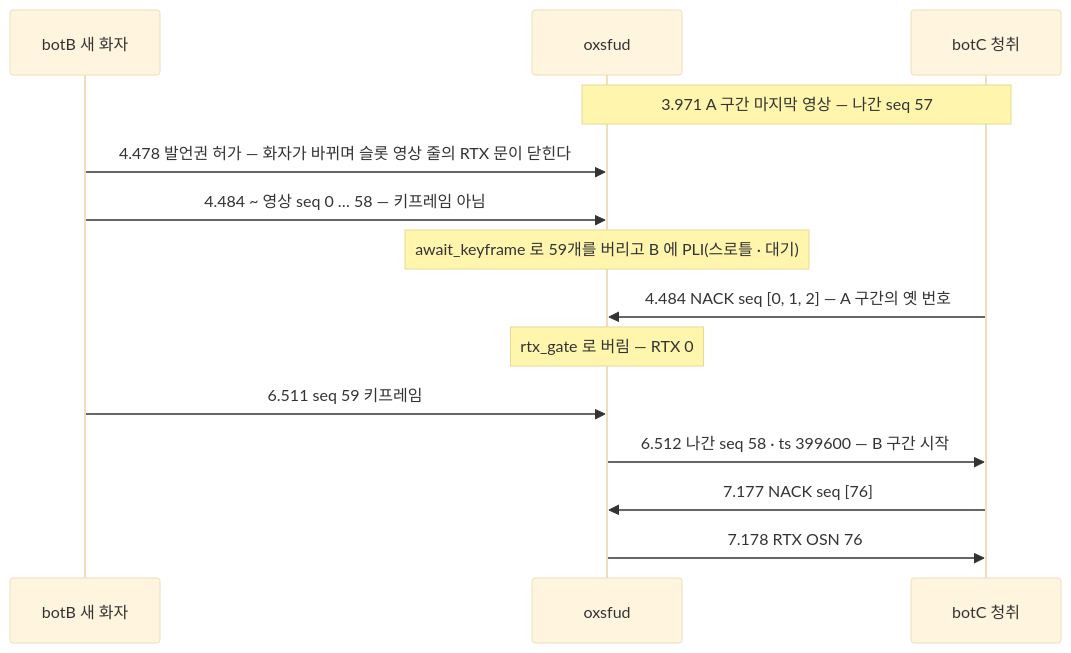
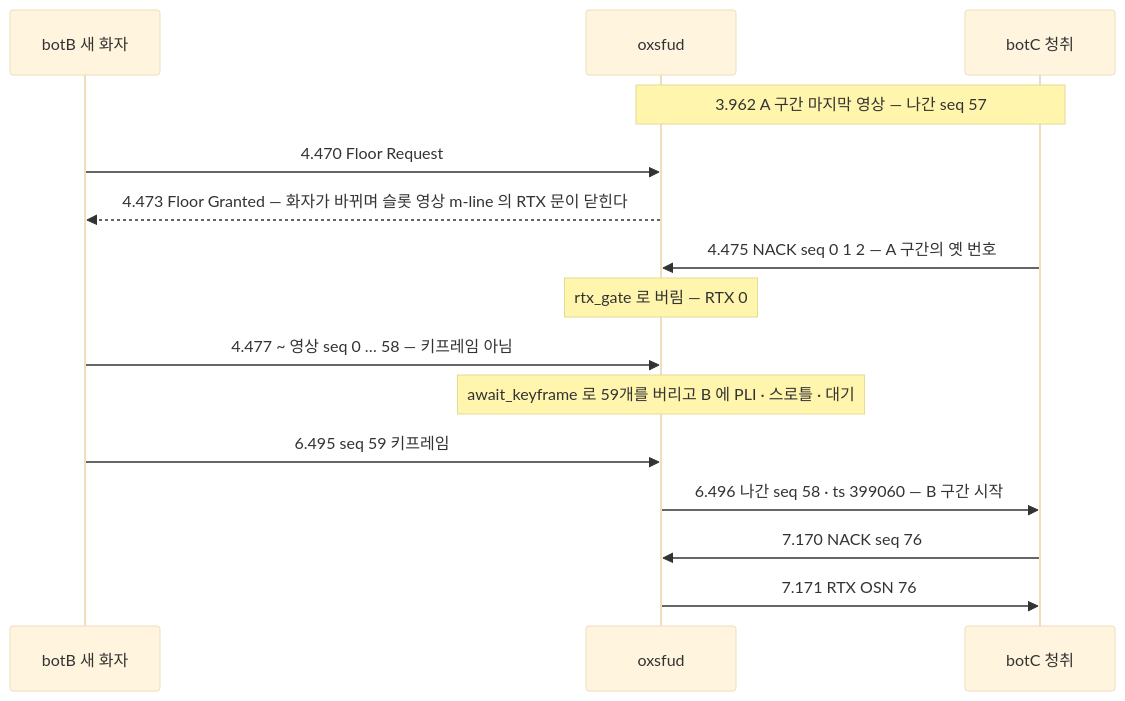
Before and after one commit to kodeholic9/oxlens-sfu: the fifth of 5 diagrams in docs/learn/04_PACKET_PATH.md, drawn with Mermaid (base theme). The commit also changed other lines of this file and 19 other files, not shown here.

Commit message:
발언권 줄 mbcp_seq 를 와이어 SEQ 로(f6bbf02 S4 수리가 다른 칸 o.m.n 을 실어 늘 0) · 학습 문서 공개판 현행화(표준 용어 · 새 회차 값)(context 202611/20261109a 현행화)

````diff
--- a/docs/learn/04_PACKET_PATH.md
+++ b/docs/learn/04_PACKET_PATH.md
@@ -218,16 +234,17 @@
 ```mermaid
 sequenceDiagram
   participant B as botB 새 화자
   participant S as oxsfud
   participant C as botC 청취
-  Note over S,C: 3.971 A 구간 마지막 영상 — 나간 seq 57
-  B->>S: 4.478 발언권 허가 — 화자가 바뀌며 슬롯 영상 줄의 RTX 문이 닫힌다
-  B->>S: 4.484 ~ 영상 seq 0 … 58 — 키프레임 아님
-  Note over S: await_keyframe 로 59개를 버리고 B 에 PLI(스로틀 · 대기)
-  C->>S: 4.484 NACK seq [0, 1, 2] — A 구간의 옛 번호
+  Note over S,C: 3.962 A 구간 마지막 영상 — 나간 seq 57
+  B->>S: 4.470 Floor Request
+  S-->>B: 4.473 Floor Granted — 화자가 바뀌며 슬롯 영상 m-line 의 RTX 문이 닫힌다
+  C->>S: 4.475 NACK seq 0 1 2 — A 구간의 옛 번호
   Note over S: rtx_gate 로 버림 — RTX 0
-  B->>S: 6.511 seq 59 키프레임
-  S->>C: 6.512 나간 seq 58 · ts 399600 — B 구간 시작
-  C->>S: 7.177 NACK seq [76]
-  S->>C: 7.178 RTX OSN 76
+  B->>S: 4.477 ~ 영상 seq 0 … 58 — 키프레임 아님
+  Note over S: await_keyframe 로 59개를 버리고 B 에 PLI · 스로틀 · 대기
+  B->>S: 6.495 seq 59 키프레임
+  S->>C: 6.496 나간 seq 58 · ts 399060 — B 구간 시작
+  C->>S: 7.170 NACK seq 76
+  S->>C: 7.171 RTX OSN 76
 ```
````
